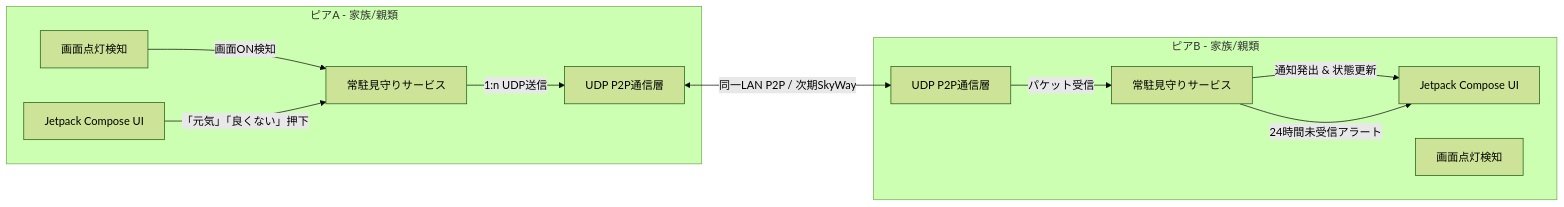
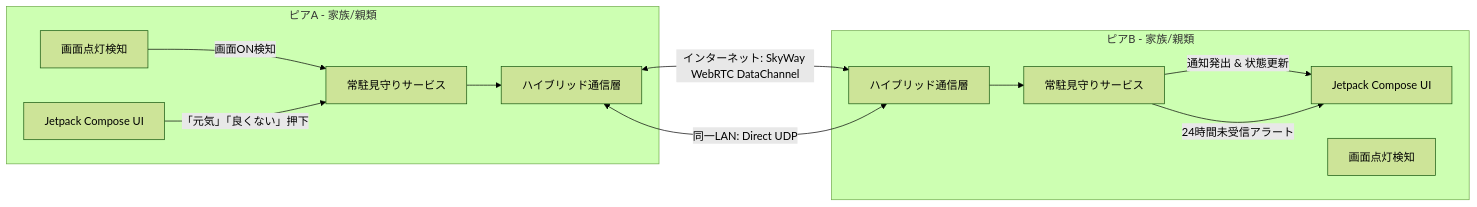
The diagram in README.ja.md (amekusa03/BugsLife), drawn with Mermaid (forest theme) before and after one commit. The commit also changed other lines of this file and 12 other files, not shown here.

Commit message:
Add SkyWay WebRTC DataChannel P2P support for internet-wide mutual watching

````diff
--- a/README.ja.md
+++ b/README.ja.md
@@ -55,24 +60,25 @@
 ```mermaid
 graph LR
     subgraph 端末A [ピアA - 家族/親類]
         UI_A[Jetpack Compose UI]
         Service_A[常駐見守りサービス]
         Screen_A[画面点灯検知]
-        UDP_A[UDP P2P通信層]
+        Composite_A[ハイブリッド通信層]
     end
 
     subgraph 端末B [ピアB - 家族/親類]
         UI_B[Jetpack Compose UI]
         Service_B[常駐見守りサービス]
         Screen_B[画面点灯検知]
-        UDP_B[UDP P2P通信層]
+        Composite_B[ハイブリッド通信層]
     end
 
     Screen_A -->|画面ON検知| Service_A
     UI_A -->|「元気」「良くない」押下| Service_A
-    Service_A -->|1:n UDP送信| UDP_A
-    UDP_A <-->|同一LAN P2P / 次期SkyWay| UDP_B
-    UDP_B -->|パケット受信| Service_B
+    Service_A --> Composite_A
+    Composite_A <-->|インターネット: SkyWay WebRTC DataChannel| Composite_B
+    Composite_A <-->|同一LAN: Direct UDP| Composite_B
+    Composite_B --> Service_B
     Service_B -->|通知発出 & 状態更新| UI_B
     Service_B -->|24時間未受信アラート| UI_B
 ```
````
